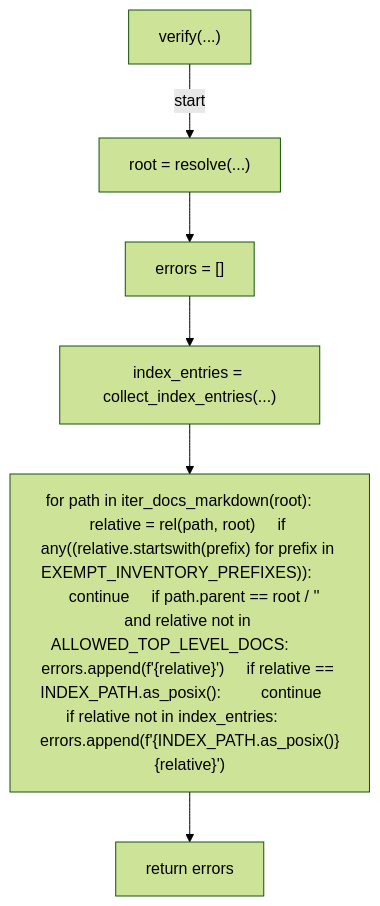
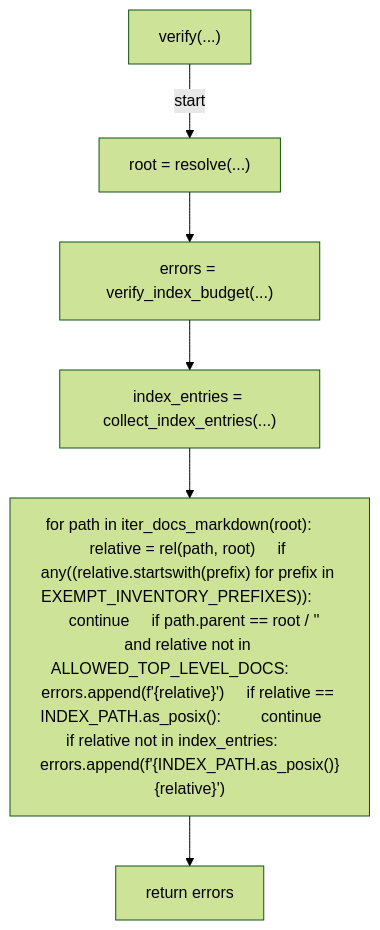
The sixth of 7 diagrams in docs/generated/scripts/ast/scan_docs_inventory.md (tvna/claude-md), drawn with Mermaid (forest theme) before and after one commit. The commit also changed other lines of this file, not shown here.

First line of the commit message:
docs(generated): regenerate decision tree and workflow diagrams

````diff
--- a/docs/generated/scripts/ast/scan_docs_inventory.md
+++ b/docs/generated/scripts/ast/scan_docs_inventory.md
@@ -77,14 +98,14 @@
 ```mermaid
 flowchart TD
     N001["verify(...)"]
     N002["root = resolve(...)"]
-    N003["errors = []"]
+    N003["errors = verify_index_budget(...)"]
     N004["index_entries = collect_index_entries(...)"]
     N005["for path in iter_docs_markdown(root):     relative = rel(path, root)     if any((relative.startswith(prefix) for prefix in EXEMPT_INVENTORY_PREFIXES)):         continue     if path.parent == root / '<str>' and relative not in ALLOWED_TOP_LEVEL_DOCS:         errors.append(f'<str>{relative}<str>')     if relative == INDEX_PATH.as_posix():         continue     if relative not in index_entries:         errors.append(f'<str>{INDEX_PATH.as_posix()}<str>{relative}')"]
     N006["return errors"]
     N001 -->|"start"| N002
     N002 --> N003
     N003 --> N004
     N004 --> N005
     N005 --> N006
 ```
````
